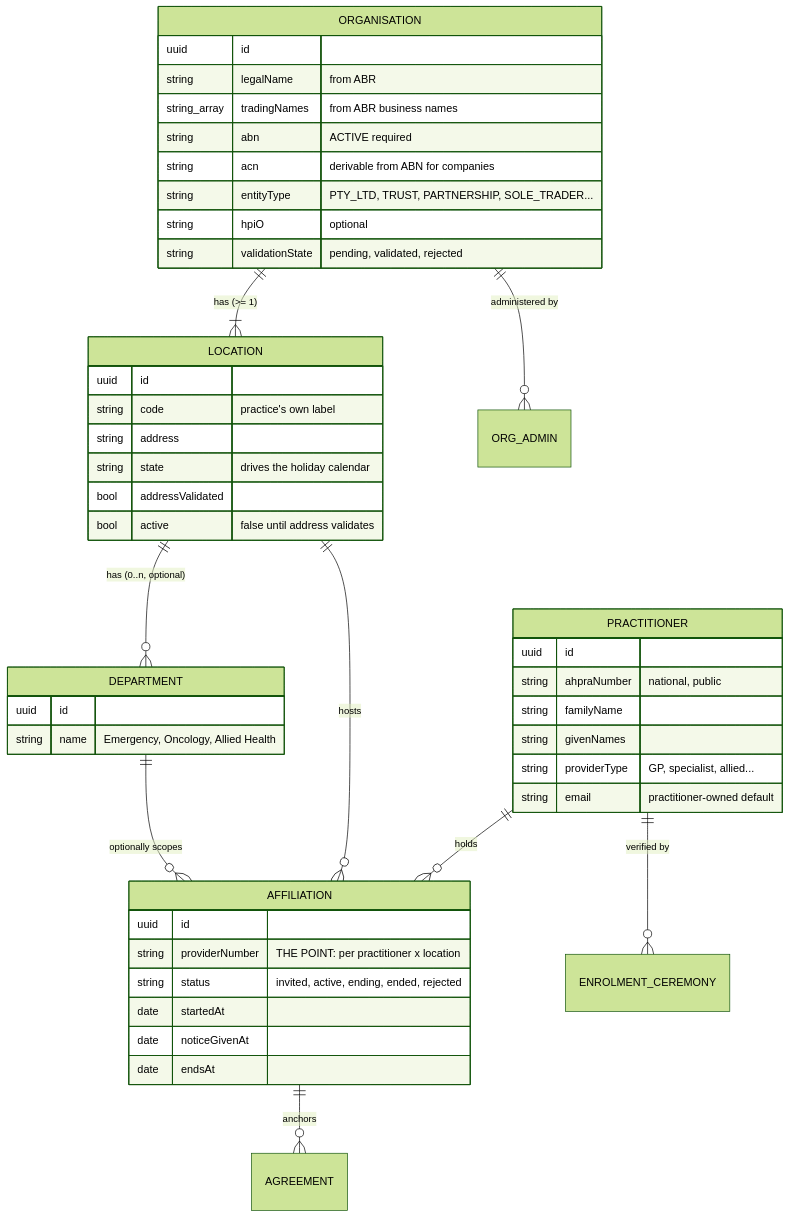
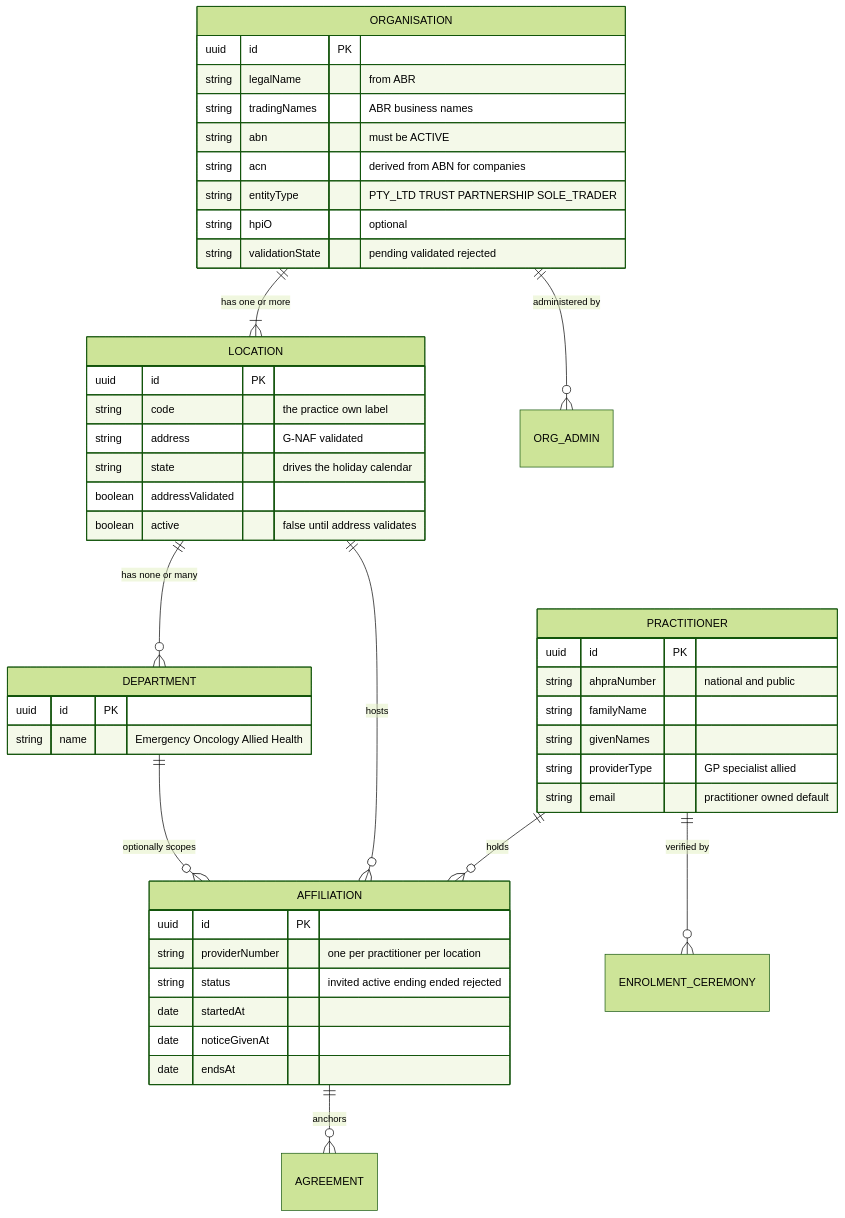
One commit to carlhill/AoBPlatform changed the first of 4 diagrams in ORG-MODEL-PROPOSAL.md. Above: the diagram before and after it, drawn with Mermaid (forest theme). The commit also changed other lines of this file, not shown here.

First line of the commit message:
docs: sign off org model, fix mermaid rendering, settle banking and address validation

````diff
--- a/ORG-MODEL-PROPOSAL.md
+++ b/ORG-MODEL-PROPOSAL.md
@@ -61,50 +53,50 @@
 ```mermaid
 erDiagram
-    ORGANISATION ||--|{ LOCATION : "has (>= 1)"
-    LOCATION ||--o{ DEPARTMENT : "has (0..n, optional)"
+    ORGANISATION ||--|{ LOCATION : "has one or more"
+    LOCATION ||--o{ DEPARTMENT : "has none or many"
     ORGANISATION ||--o{ ORG_ADMIN : "administered by"
     PRACTITIONER ||--o{ AFFILIATION : "holds"
     LOCATION ||--o{ AFFILIATION : "hosts"
     DEPARTMENT ||--o{ AFFILIATION : "optionally scopes"
     AFFILIATION ||--o{ AGREEMENT : "anchors"
     PRACTITIONER ||--o{ ENROLMENT_CEREMONY : "verified by"
 
     ORGANISATION {
-        uuid id
+        uuid id PK
         string legalName "from ABR"
-        string_array tradingNames "from ABR business names"
-        string abn "ACTIVE required"
-        string acn "derivable from ABN for companies"
-        string entityType "PTY_LTD, TRUST, PARTNERSHIP, SOLE_TRADER..."
+        string tradingNames "ABR business names"
+        string abn "must be ACTIVE"
+        string acn "derived from ABN for companies"
+        string entityType "PTY_LTD TRUST PARTNERSHIP SOLE_TRADER"
         string hpiO "optional"
-        string validationState "pending, validated, rejected"
+        string validationState "pending validated rejected"
     }
     LOCATION {
-        uuid id
-        string code "practice's own label"
-        string address
+        uuid id PK
+        string code "the practice own label"
+        string address "G-NAF validated"
         string state "drives the holiday calendar"
-        bool addressValidated
-        bool active "false until address validates"
+        boolean addressValidated
+        boolean active "false until address validates"
     }
     DEPARTMENT {
-        uuid id
-        string name "Emergency, Oncology, Allied Health"
+        uuid id PK
+        string name "Emergency Oncology Allied Health"
     }
     PRACTITIONER {
-        uuid id
-        string ahpraNumber "national, public"
+        uuid id PK
+        string ahpraNumber "national and public"
         string familyName
         string givenNames
-        string providerType "GP, specialist, allied..."
-        string email "practitioner-owned default"
+        string providerType "GP specialist allied"
+        string email "practitioner owned default"
     }
     AFFILIATION {
-        uuid id
-        string providerNumber "THE POINT: per practitioner x location"
-        string status "invited, active, ending, ended, rejected"
+        uuid id PK
+        string providerNumber "one per practitioner per location"
+        string status "invited active ending ended rejected"
         date startedAt
         date noticeGivenAt
         date endsAt
     }
 ```
````
